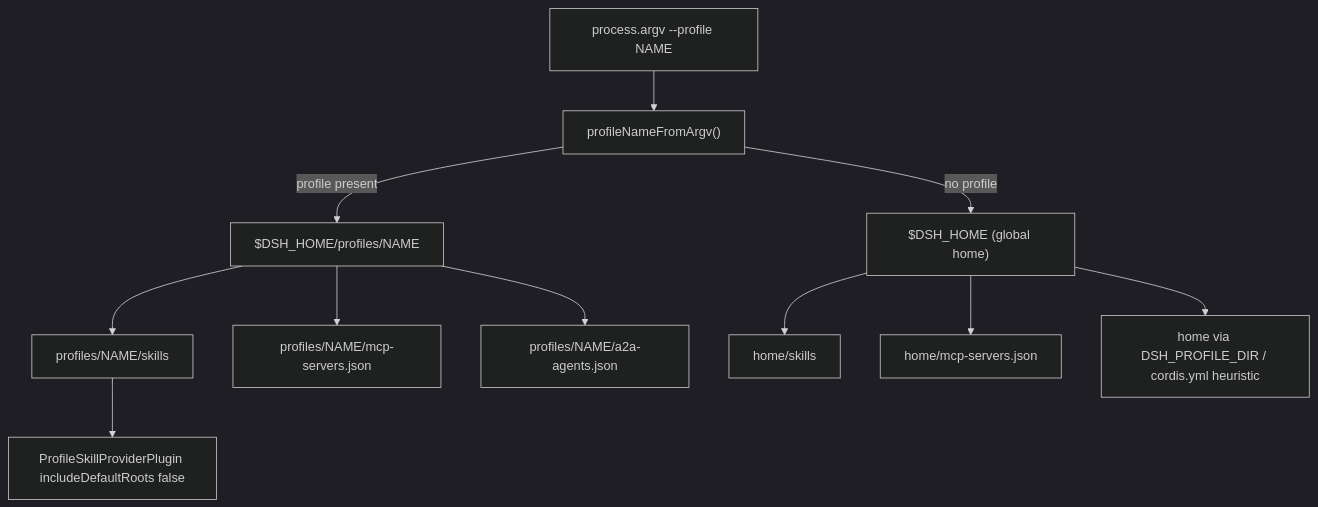
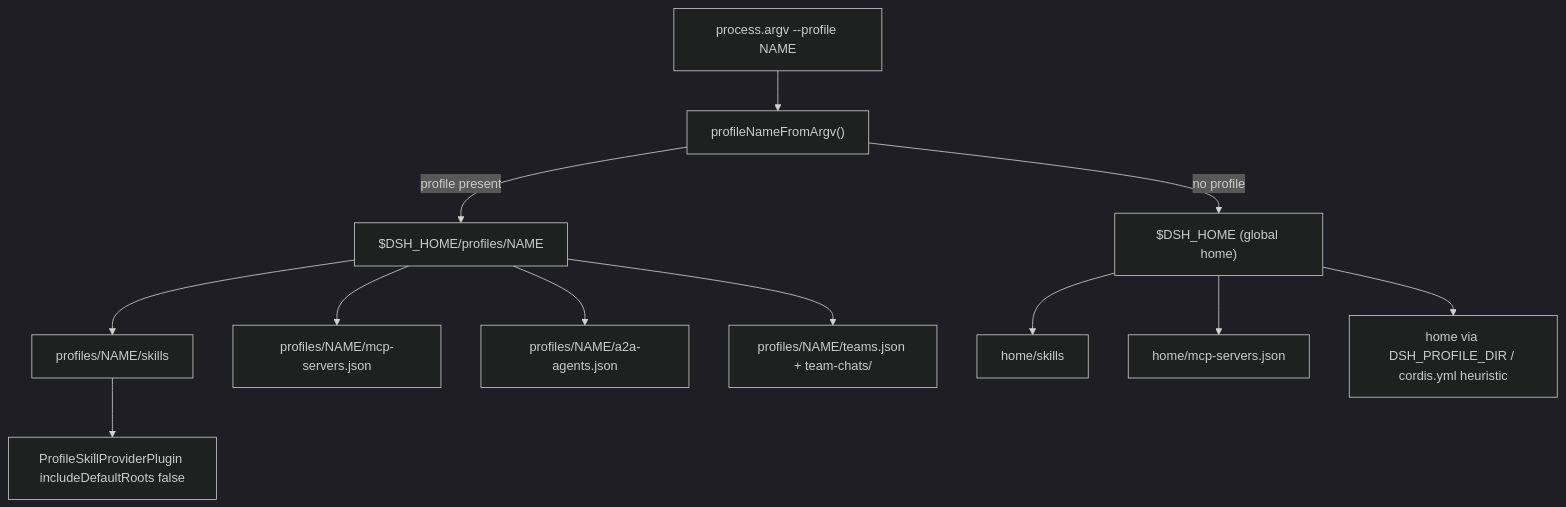
Before and after one commit to zw11591-sketch/dsh-pet-panel: the diagram in openwiki/concepts/per-profile-isolation.md, drawn with Mermaid (dark theme). The commit also changed other lines of this file and 53 other files, not shown here.

````diff
--- a/openwiki/concepts/per-profile-isolation.md
+++ b/openwiki/concepts/per-profile-isolation.md
@@ -39,13 +41,14 @@
 ```mermaid
 flowchart TD
     argv["process.argv --profile NAME"] --> parse["profileNameFromArgv()"]
     parse -->|"profile present"| prof["$DSH_HOME/profiles/NAME"]
     parse -->|"no profile"| global["$DSH_HOME (global home)"]
     prof --> skills["profiles/NAME/skills"]
     prof --> mcp["profiles/NAME/mcp-servers.json"]
     prof --> a2a["profiles/NAME/a2a-agents.json"]
+    prof --> teams["profiles/NAME/teams.json + team-chats/"]
     global --> gskills["home/skills"]
     global --> gmcp["home/mcp-servers.json"]
     global --> ga2a["home via DSH_PROFILE_DIR / cordis.yml heuristic"]
     skills --> psp["ProfileSkillProviderPlugin includeDefaultRoots false"]
 ```
````
